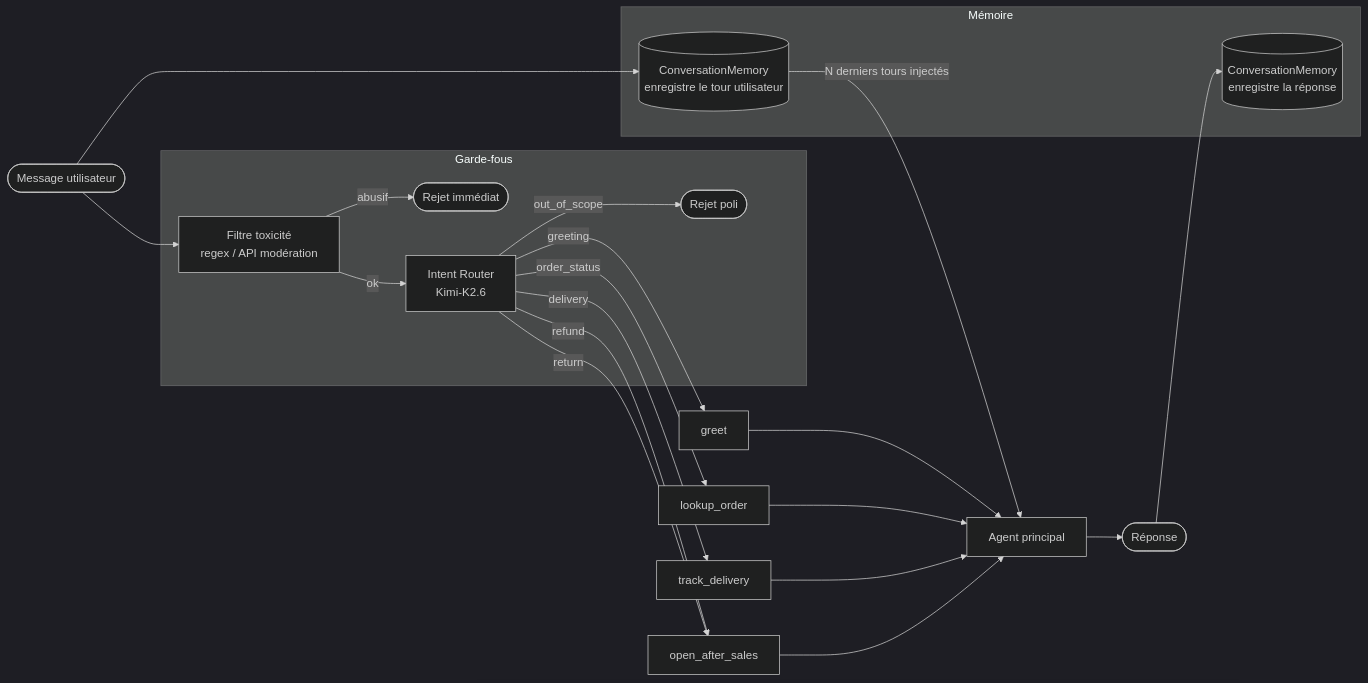
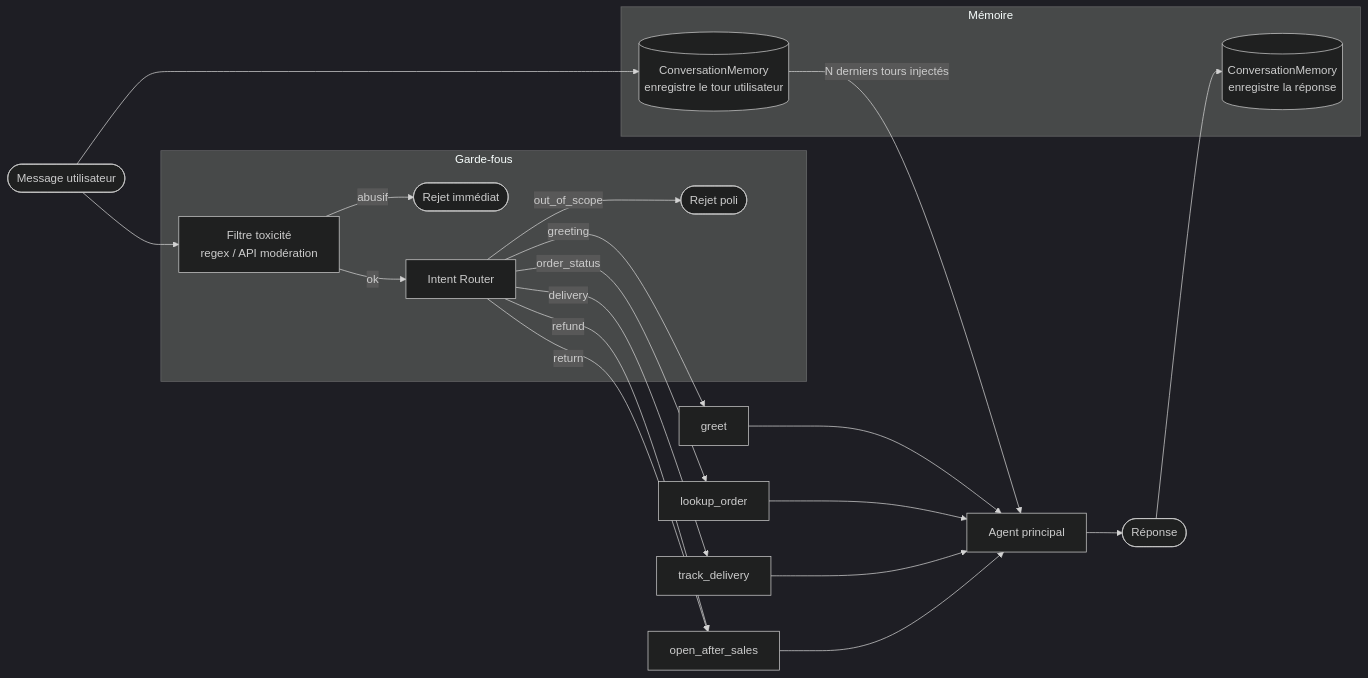
The diagram in docs/1_diagnostic_conversations_problematiques.md (tonylucas/velmo-agent-instable), drawn with Mermaid (dark theme) before and after one commit. The commit also changed 1 other file, not shown here.

Commit message:
Cleaning doc

````diff
--- a/docs/1_diagnostic_conversations_problematiques.md
+++ b/docs/1_diagnostic_conversations_problematiques.md
@@ -83,30 +83,30 @@
 ```mermaid
 flowchart LR
     A([Message utilisateur]) --> MEM_ENTREE
     A --> FILTRE_TOXICITE
 
     subgraph garde_fous [Garde-fous]
         FILTRE_TOXICITE[Filtre toxicité<br>regex / API modération]
         FILTRE_TOXICITE -->|abusif| REJ1([Rejet immédiat])
         FILTRE_TOXICITE -->|ok| INTENT_ROUTER
-        INTENT_ROUTER[Intent Router<br>Kimi-K2.6]
+        INTENT_ROUTER[Intent Router]
         INTENT_ROUTER -->|out_of_scope| REJ2([Rejet poli])
     end
 
     INTENT_ROUTER -->|refund| T4[open_after_sales]
     INTENT_ROUTER -->|return| T4
     INTENT_ROUTER -->|delivery| T3[track_delivery]
     INTENT_ROUTER -->|order_status| T2[lookup_order]
     INTENT_ROUTER -->|greeting| T1[greet]
 
     T1 & T2 & T3 & T4 --> AGENT[Agent principal]
 
     subgraph memoire [Mémoire]
         MEM_ENTREE[(ConversationMemory<br>enregistre le tour utilisateur)]
         MEM_SORTIE[(ConversationMemory<br>enregistre la réponse)]
     end
 
     MEM_ENTREE -->|N derniers tours injectés| AGENT
     AGENT --> REP([Réponse])
     REP --> MEM_SORTIE
 ```
````
